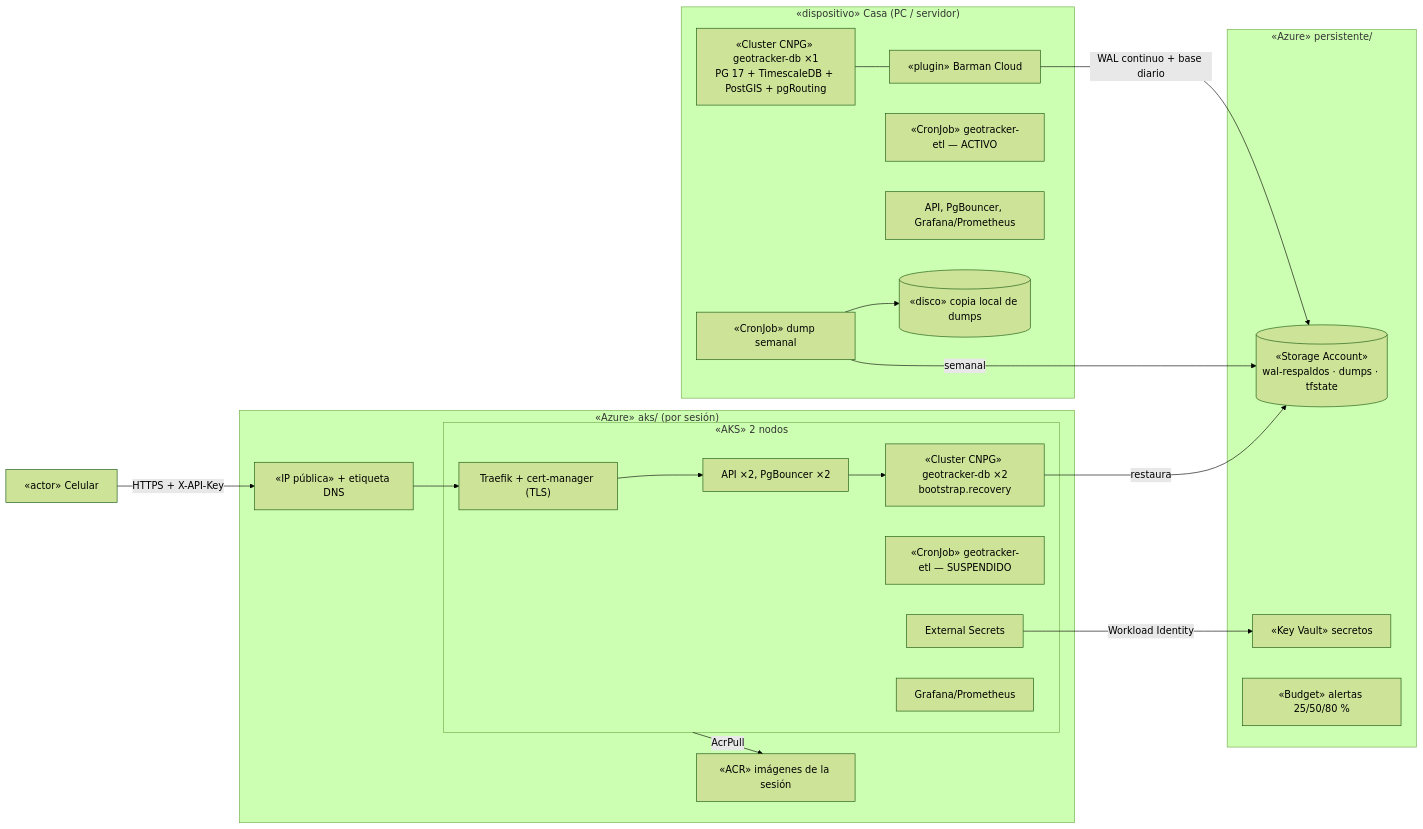
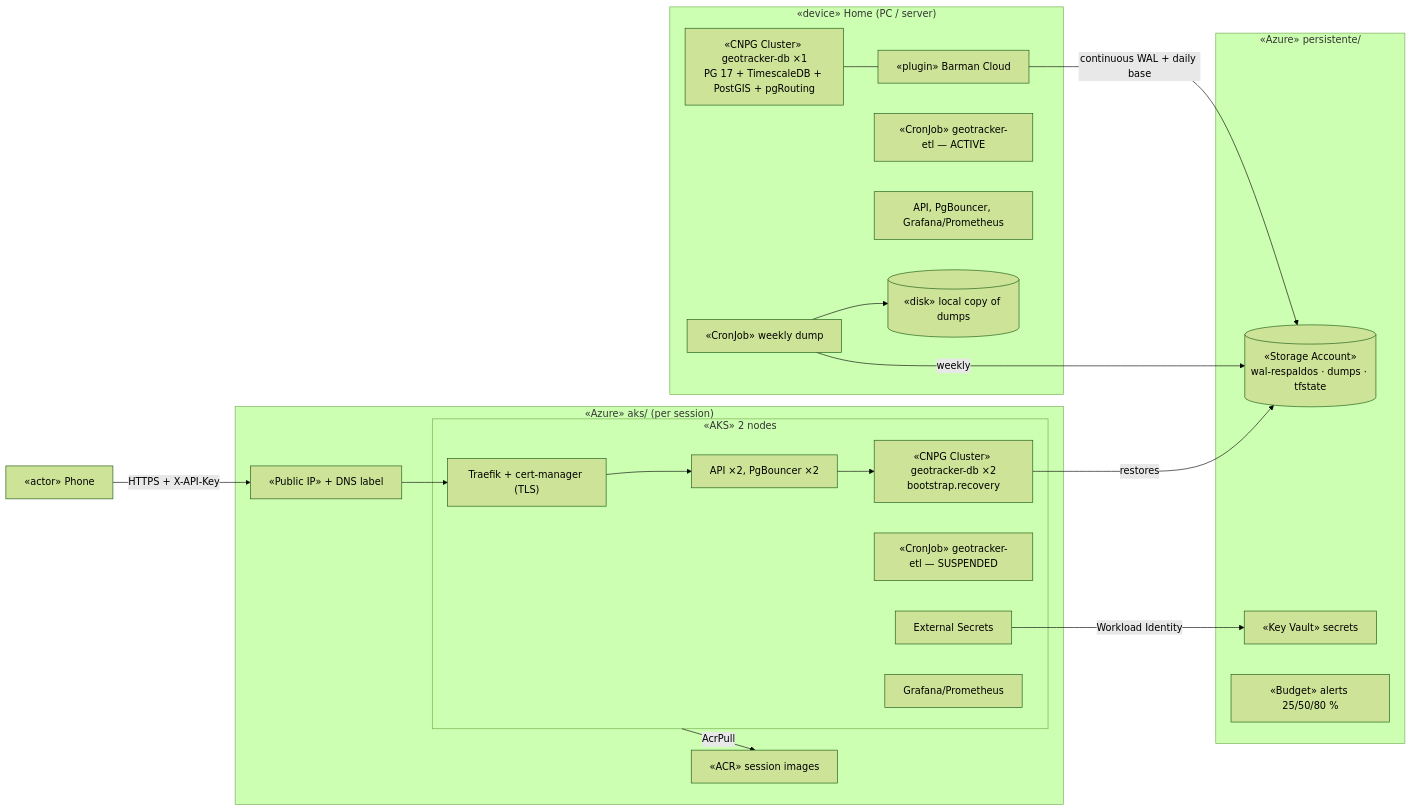
Before and after one commit to alejandro-araujo-orellana/geoTracker: the first of 5 diagrams in docs/superpowers/specs/2026-11-20-fase2-azure-aks-design.md, drawn with Mermaid (forest theme). The commit also changed other lines of this file and 16 other files, not shown here.

````diff
--- a/docs/superpowers/specs/2026-11-20-fase2-azure-aks-design.md
+++ b/docs/superpowers/specs/2026-11-20-fase2-azure-aks-design.md
@@ -90,40 +90,40 @@
 ```mermaid
 flowchart LR
-    subgraph CASA["«dispositivo» Casa (PC / servidor)"]
-        C_DB["«Cluster CNPG» geotracker-db ×1<br/>PG 17 + TimescaleDB + PostGIS + pgRouting"]
+    subgraph CASA["«device» Home (PC / server)"]
+        C_DB["«CNPG Cluster» geotracker-db ×1<br/>PG 17 + TimescaleDB + PostGIS + pgRouting"]
         C_PLG["«plugin» Barman Cloud"]
-        C_DUMP["«CronJob» dump semanal"]
-        C_ETL["«CronJob» geotracker-etl — ACTIVO"]
+        C_DUMP["«CronJob» weekly dump"]
+        C_ETL["«CronJob» geotracker-etl — ACTIVE"]
         C_APP["API, PgBouncer, Grafana/Prometheus"]
-        C_DISK[("«disco» copia local de dumps")]
+        C_DISK[("«disk» local copy of dumps")]
     end
 
     subgraph AZP["«Azure» persistente/"]
         SA[("«Storage Account»<br/>wal-respaldos · dumps · tfstate")]
-        KV["«Key Vault» secretos"]
-        BUD["«Budget» alertas 25/50/80 %"]
+        KV["«Key Vault» secrets"]
+        BUD["«Budget» alerts 25/50/80 %"]
     end
 
-    subgraph AZE["«Azure» aks/ (por sesión)"]
-        ACR["«ACR» imágenes de la sesión"]
-        PIP["«IP pública» + etiqueta DNS"]
-        subgraph AKS["«AKS» 2 nodos"]
+    subgraph AZE["«Azure» aks/ (per session)"]
+        ACR["«ACR» session images"]
+        PIP["«Public IP» + DNS label"]
+        subgraph AKS["«AKS» 2 nodes"]
             N_ING["Traefik + cert-manager (TLS)"]
             N_API["API ×2, PgBouncer ×2"]
-            N_DB["«Cluster CNPG» geotracker-db ×2<br/>bootstrap.recovery"]
-            N_ETL["«CronJob» geotracker-etl — SUSPENDIDO"]
+            N_DB["«CNPG Cluster» geotracker-db ×2<br/>bootstrap.recovery"]
+            N_ETL["«CronJob» geotracker-etl — SUSPENDED"]
             N_ESO["External Secrets"]
             N_OBS["Grafana/Prometheus"]
         end
     end
 
-    CEL["«actor» Celular"]
+    CEL["«actor» Phone"]
 
-    C_DB --- C_PLG -->|WAL continuo + base diario| SA
-    C_DUMP -->|semanal| SA
+    C_DB --- C_PLG -->|continuous WAL + daily base| SA
+    C_DUMP -->|weekly| SA
     C_DUMP --> C_DISK
-    N_DB -->|restaura| SA
+    N_DB -->|restores| SA
     N_ESO -->|Workload Identity| KV
     AKS -->|AcrPull| ACR
     CEL -->|HTTPS + X-API-Key| PIP --> N_ING --> N_API --> N_DB
 ```
````
